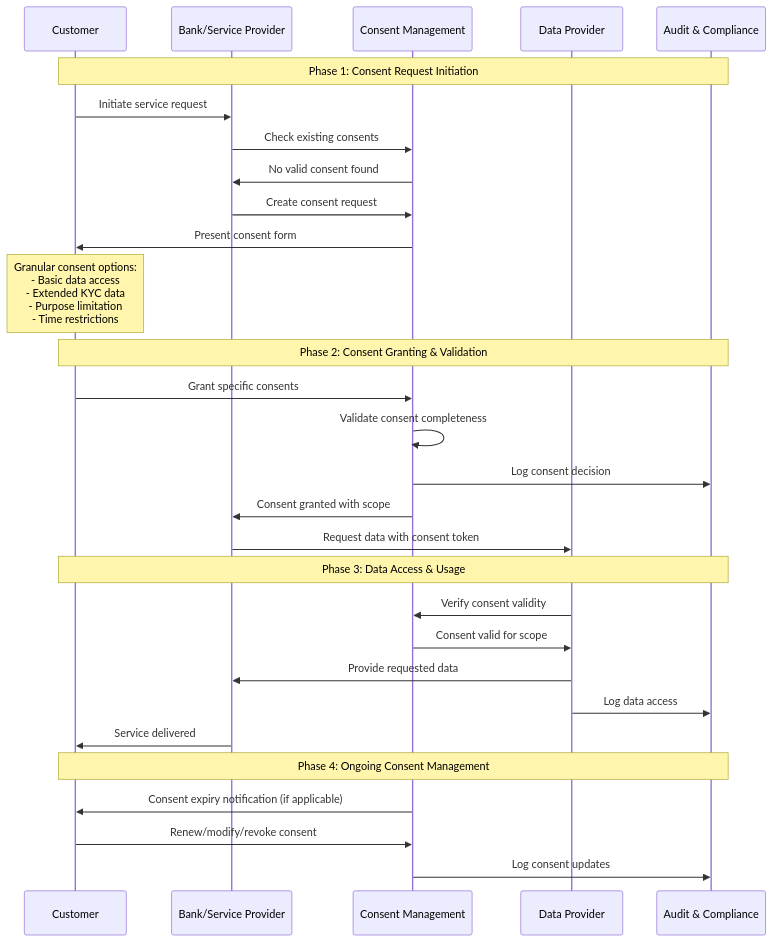
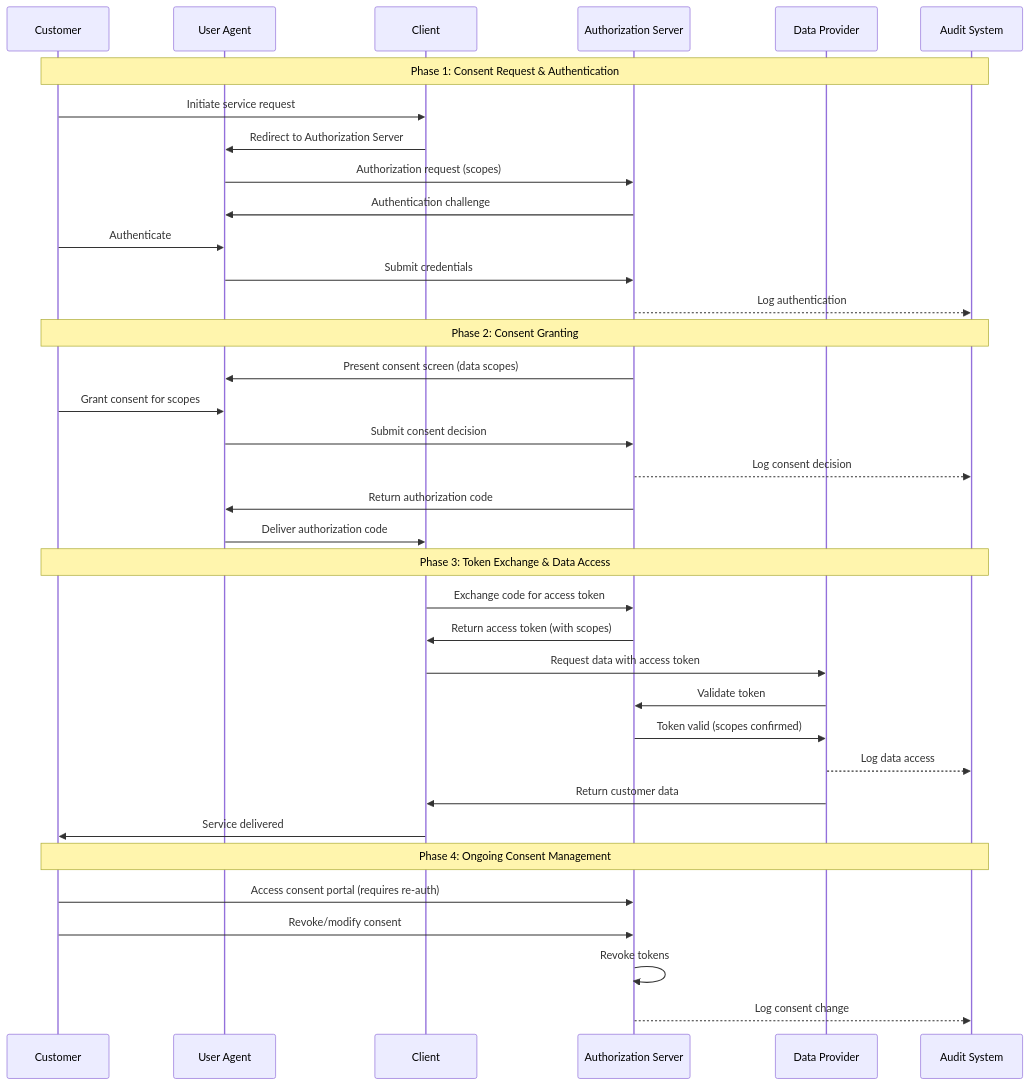
One commit to openbankingproject-ch/Open-API-Kundenbeziehung changed the second of 7 diagrams in Dokumentation Fachliche Perspektive/Fachliche Conclusions Open API Kundenbeziehung/06 Consent und Security Flow.md. Above: the diagram before and after it, drawn with Mermaid. The commit also changed other lines of this file, not shown here.

Commit message:
update consent flows

````diff
--- a/Dokumentation Fachliche Perspektive/Fachliche Conclusions Open API Kundenbeziehung/06 Consent und Security Flow.md
+++ b/Dokumentation Fachliche Perspektive/Fachliche Conclusions Open API Kundenbeziehung/06 Consent und Security Flow.md
@@ -271,38 +272,42 @@
 ```mermaid
 sequenceDiagram
     participant Customer as Customer
-    participant Bank as Bank/Service Provider
-    participant ConsentMgmt as Consent Management
+    participant UserAgent as User Agent
+    participant Client as Client
+    participant AuthServer as Authorization Server
     participant DataProvider as Data Provider
-    participant AuditLog as Audit & Compliance
+    participant AuditLog as Audit System
 
-    Note over Customer,AuditLog: Phase 1: Consent Request Initiation
-    Customer->>Bank: Initiate service request
-    Bank->>ConsentMgmt: Check existing consents
-    ConsentMgmt->>Bank: No valid consent found
-    
-    Bank->>ConsentMgmt: Create consent request
-    ConsentMgmt->>Customer: Present consent form
-    Note over Customer: Granular consent options:<br/>- Basic data access<br/>- Extended KYC data<br/>- Purpose limitation<br/>- Time restrictions
-    
-    Note over Customer,AuditLog: Phase 2: Consent Granting & Validation
-    Customer->>ConsentMgmt: Grant specific consents
-    ConsentMgmt->>ConsentMgmt: Validate consent completeness
-    ConsentMgmt->>AuditLog: Log consent decision
-    
-    ConsentMgmt->>Bank: Consent granted with scope
-    Bank->>DataProvider: Request data with consent token
-    
-    Note over Customer,AuditLog: Phase 3: Data Access & Usage
-    DataProvider->>ConsentMgmt: Verify consent validity
-    ConsentMgmt->>DataProvider: Consent valid for scope
-    DataProvider->>Bank: Provide requested data
-    DataProvider->>AuditLog: Log data access
-    
-    Bank->>Customer: Service delivered
-    
+    Note over Customer,AuditLog: Phase 1: Consent Request & Authentication
+    Customer->>Client: Initiate service request
+    Client->>UserAgent: Redirect to Authorization Server
+    UserAgent->>AuthServer: Authorization request (scopes)
+    AuthServer->>UserAgent: Authentication challenge
+    Customer->>UserAgent: Authenticate
+    UserAgent->>AuthServer: Submit credentials
+    AuthServer-->>AuditLog: Log authentication
+
+    Note over Customer,AuditLog: Phase 2: Consent Granting
+    AuthServer->>UserAgent: Present consent screen (data scopes)
+    Customer->>UserAgent: Grant consent for scopes
+    UserAgent->>AuthServer: Submit consent decision
+    AuthServer-->>AuditLog: Log consent decision
+    AuthServer->>UserAgent: Return authorization code
+    UserAgent->>Client: Deliver authorization code
+
+    Note over Customer,AuditLog: Phase 3: Token Exchange & Data Access
+    Client->>AuthServer: Exchange code for access token
+    AuthServer->>Client: Return access token (with scopes)
+    Client->>DataProvider: Request data with access token
+    DataProvider->>AuthServer: Validate token
+    AuthServer->>DataProvider: Token valid (scopes confirmed)
+    DataProvider-->>AuditLog: Log data access
+    DataProvider->>Client: Return customer data
+    Client->>Customer: Service delivered
+
     Note over Customer,AuditLog: Phase 4: Ongoing Consent Management
-    ConsentMgmt->>Customer: Consent expiry notification (if applicable)
-    Customer->>ConsentMgmt: Renew/modify/revoke consent
-    ConsentMgmt->>AuditLog: Log consent updates
+    Customer->>AuthServer: Access consent portal (requires re-auth)
+    Customer->>AuthServer: Revoke/modify consent
+    AuthServer->>AuthServer: Revoke tokens
+    AuthServer-->>AuditLog: Log consent change
 ```
````
